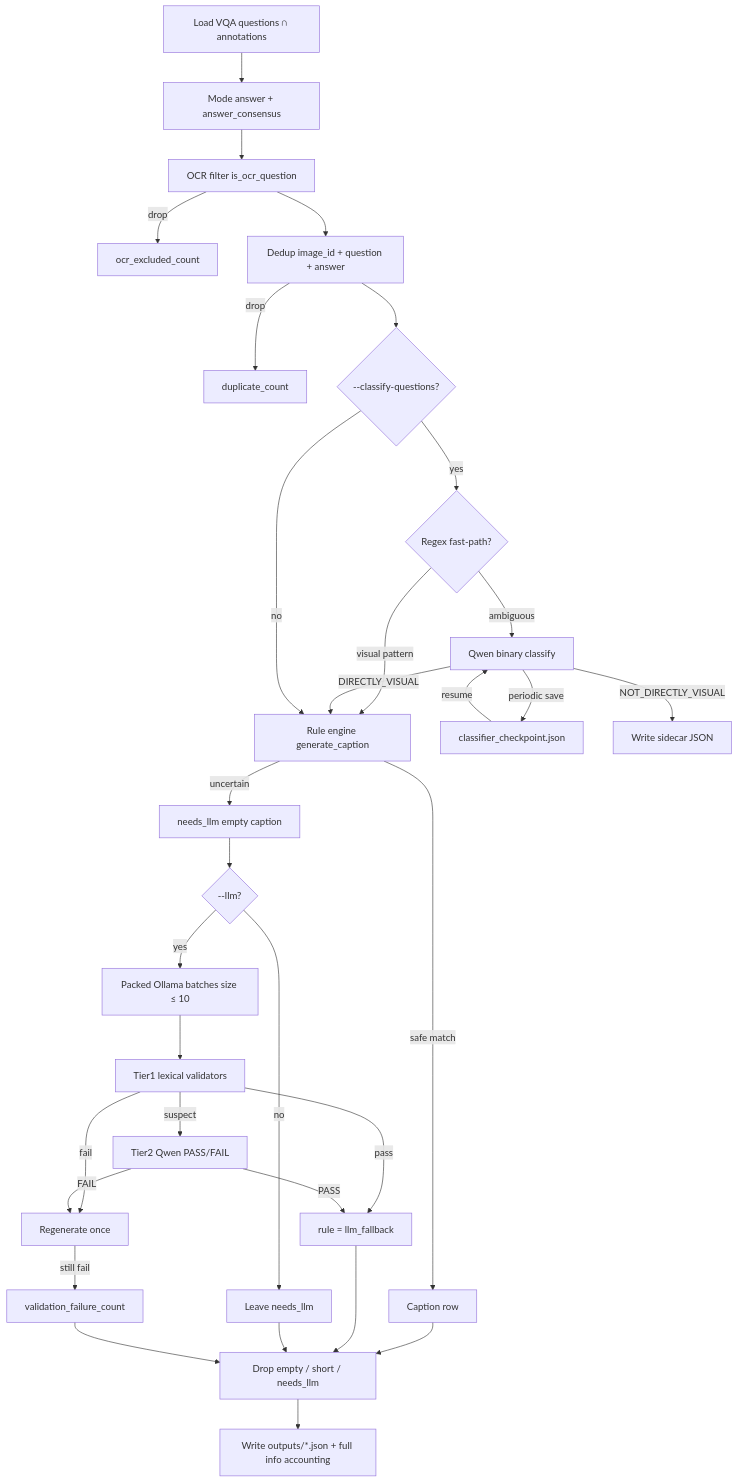
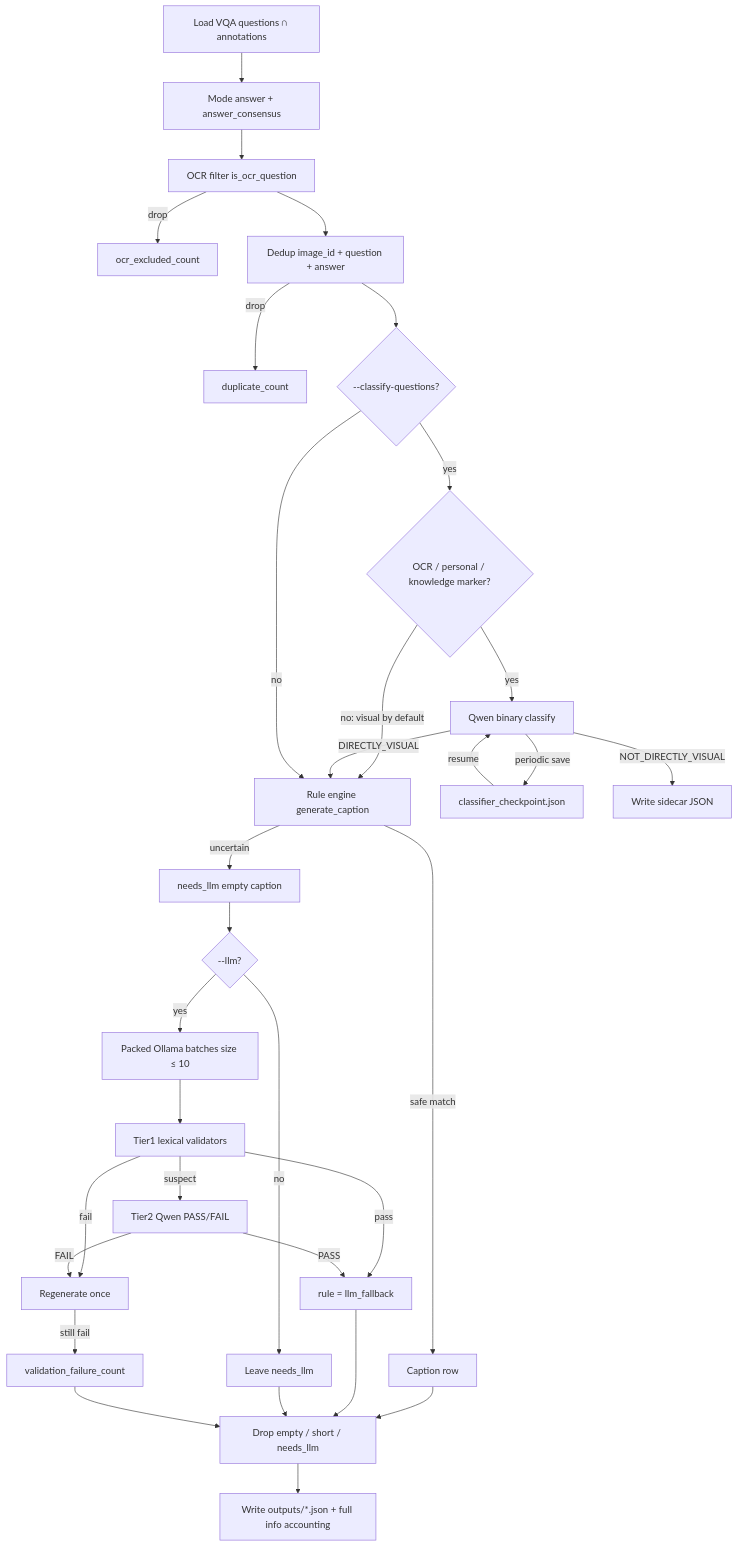
One commit to MahdiRuzmeh/ImageCaptioningImprovedVisualQuestionAnswering changed the third of 6 diagrams in QuestionDependentCaptionGenerator/architecture/architecture.en.md. Above: the diagram before and after it, drawn with Mermaid. The commit also changed other lines of this file and 4 other files, not shown here.

````diff
--- a/QuestionDependentCaptionGenerator/architecture/architecture.en.md
+++ b/QuestionDependentCaptionGenerator/architecture/architecture.en.md
@@ -92,34 +92,34 @@
 ```mermaid
 flowchart TD
   load[Load VQA questions ∩ annotations] --> mode[Mode answer + answer_consensus]
   mode --> ocr[OCR filter is_ocr_question]
   ocr -->|drop| ocrDrop[ocr_excluded_count]
   ocr --> dedup[Dedup image_id + question + answer]
   dedup -->|drop| dupDrop[duplicate_count]
   dedup --> subjOpt{--classify-questions?}
-  subjOpt -->|yes| fastPath{Regex fast-path?}
-  fastPath -->|visual pattern| rules
-  fastPath -->|ambiguous| clf[Qwen binary classify]
+  subjOpt -->|yes| suspect{OCR / personal / knowledge marker?}
+  suspect -->|no: visual by default| rules
+  suspect -->|yes| clf[Qwen binary classify]
   clf -->|periodic save| clfCkpt[classifier_checkpoint.json]
   clfCkpt -->|resume| clf
   clf -->|NOT_DIRECTLY_VISUAL| side[Write sidecar JSON]
   clf -->|DIRECTLY_VISUAL| rules
   subjOpt -->|no| rules[Rule engine generate_caption]
   rules -->|safe match| row[Caption row]
   rules -->|uncertain| needs[needs_llm empty caption]
   needs --> llmOpt{--llm?}
   llmOpt -->|yes| batch[Packed Ollama batches size ≤ 10]
   batch --> tier1[Tier1 lexical validators]
   tier1 -->|suspect| tier2[Tier2 Qwen PASS/FAIL]
   tier1 -->|fail| retry[Regenerate once]
   tier2 -->|FAIL| retry
   tier1 -->|pass| llmRow[rule = llm_fallback]
   tier2 -->|PASS| llmRow
   retry -->|still fail| dropVal[validation_failure_count]
   llmOpt -->|no| keepEmpty[Leave needs_llm]
   row --> drop
   llmRow --> drop
   keepEmpty --> drop[Drop empty / short / needs_llm]
   dropVal --> drop
   drop --> out[Write outputs/*.json + full info accounting]
 ```
````
